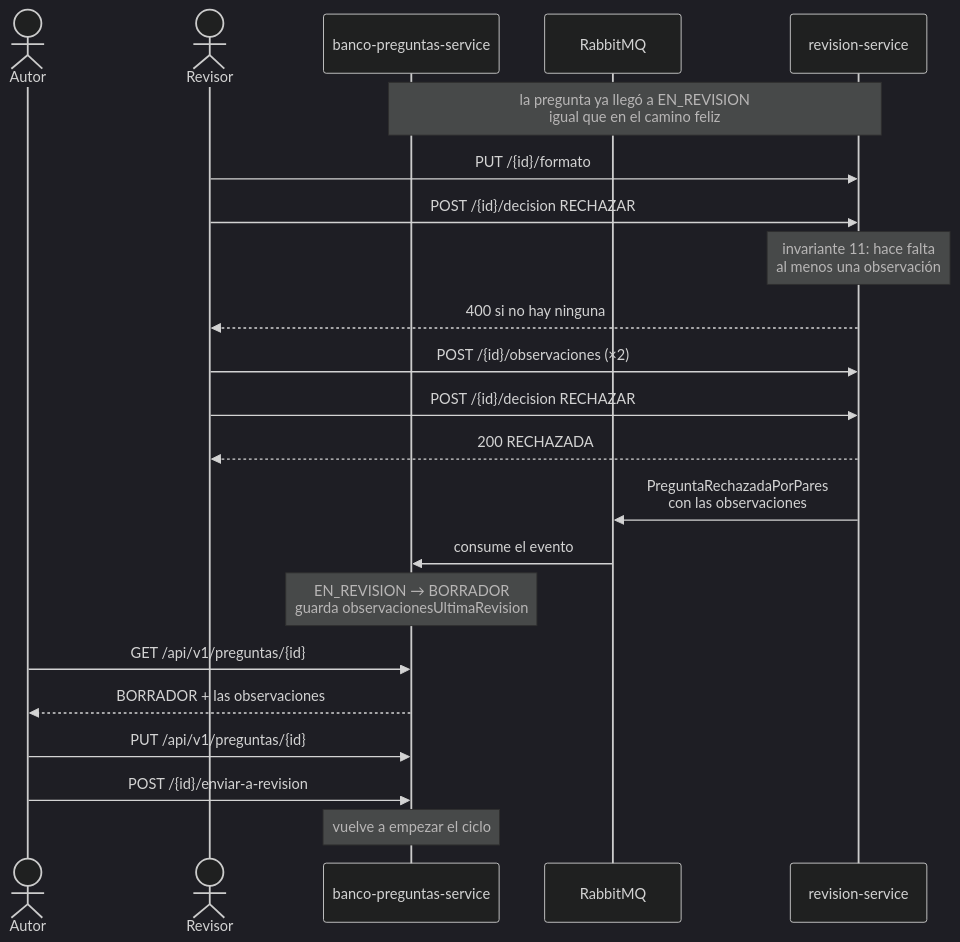
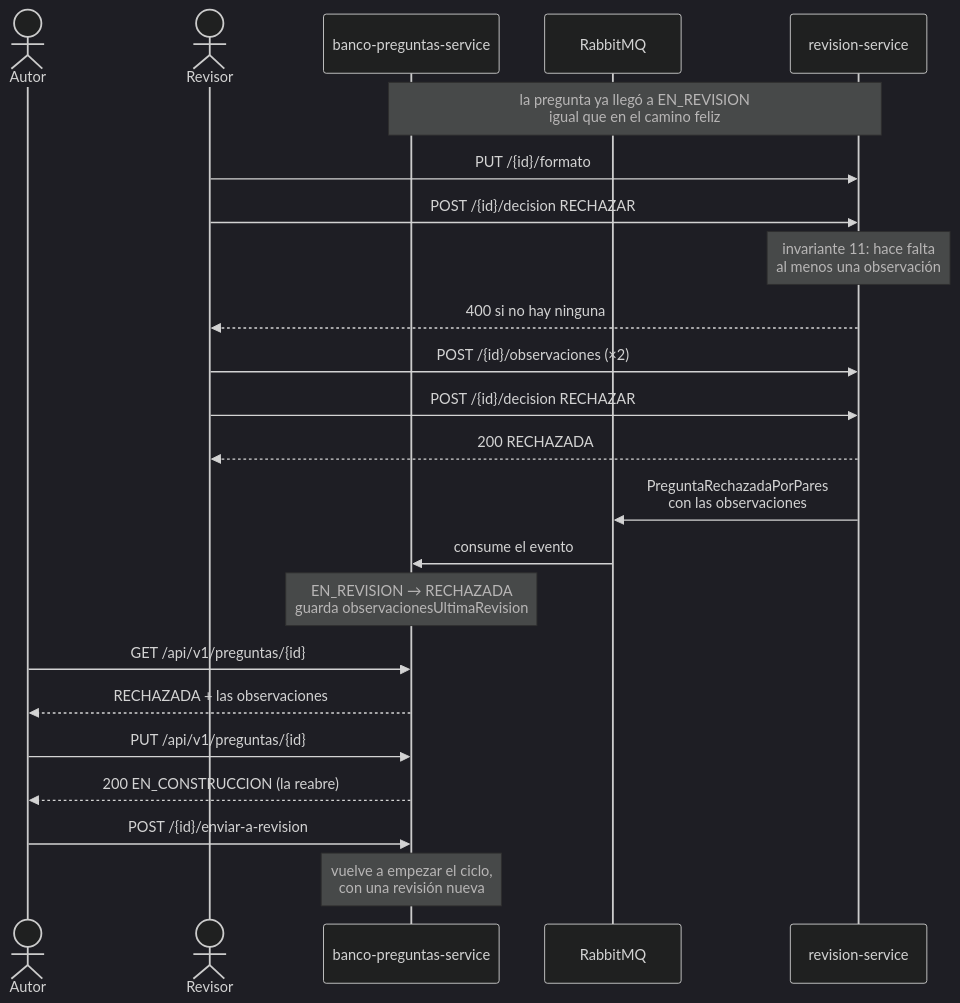
One commit to henersson/MicroServicios changed the second of 2 diagrams in docs/flujo-e2e.md. Above: the diagram before and after it, drawn with Mermaid (dark theme). The commit also changed other lines of this file and 38 other files, not shown here.

First line of the commit message:
Alinea el banco y la revisión con el modelo del Taller 1

````diff
--- a/docs/flujo-e2e.md
+++ b/docs/flujo-e2e.md
@@ -66,30 +71,31 @@
 ```mermaid
 sequenceDiagram
     actor Autor
     actor Revisor
     participant B as banco-preguntas-service
     participant MQ as RabbitMQ
     participant R as revision-service
 
     Note over B,R: la pregunta ya llegó a EN_REVISION<br/>igual que en el camino feliz
 
     Revisor->>R: PUT /{id}/formato
     Revisor->>R: POST /{id}/decision RECHAZAR
     Note over R: invariante 11: hace falta<br/>al menos una observación
     R-->>Revisor: 400 si no hay ninguna
 
     Revisor->>R: POST /{id}/observaciones (×2)
     Revisor->>R: POST /{id}/decision RECHAZAR
     R-->>Revisor: 200 RECHAZADA
     R->>MQ: PreguntaRechazadaPorPares<br/>con las observaciones
 
     MQ->>B: consume el evento
-    Note over B: EN_REVISION → BORRADOR<br/>guarda observacionesUltimaRevision
+    Note over B: EN_REVISION → RECHAZADA<br/>guarda observacionesUltimaRevision
 
     Autor->>B: GET /api/v1/preguntas/{id}
-    B-->>Autor: BORRADOR + las observaciones
+    B-->>Autor: RECHAZADA + las observaciones
 
     Autor->>B: PUT /api/v1/preguntas/{id}
+    B-->>Autor: 200 EN_CONSTRUCCION (la reabre)
     Autor->>B: POST /{id}/enviar-a-revision
-    Note over B: vuelve a empezar el ciclo
+    Note over B: vuelve a empezar el ciclo,<br/>con una revisión nueva
 ```
````
